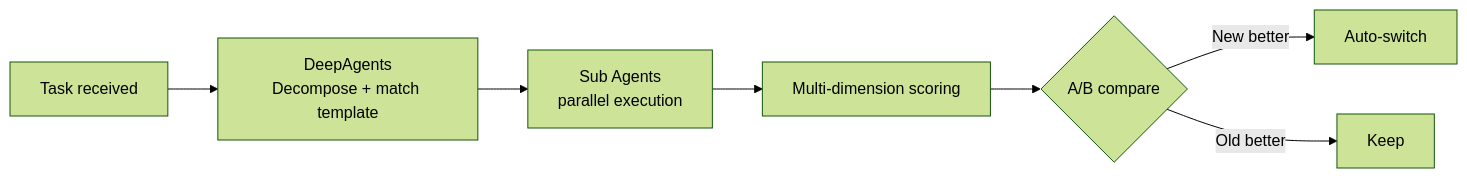
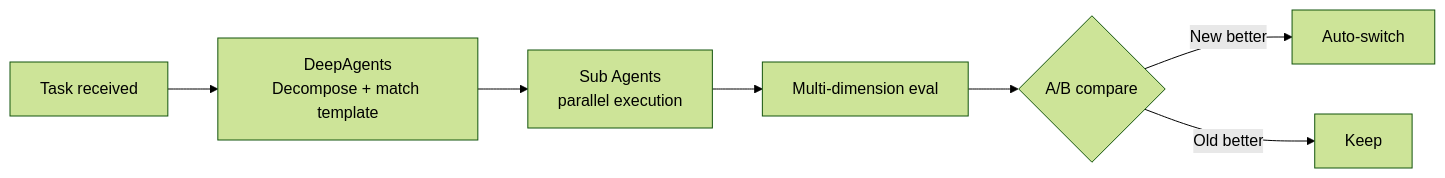
Before and after one commit to KongFangXun/sofagent: the third of 5 diagrams in README.en.md, drawn with Mermaid (forest theme). The commit also changed other lines of this file and 175 other files, not shown here.

````diff
--- a/README.en.md
+++ b/README.en.md
@@ -121,9 +121,9 @@
 ```mermaid
 graph LR
     A[Task received] --> B[DeepAgents<br/>Decompose + match template]
     B --> C[Sub Agents<br/>parallel execution]
-    C --> D[Multi-dimension scoring]
+    C --> D[Multi-dimension eval]
     D --> E{A/B compare}
     E -->|New better| F[Auto-switch]
     E -->|Old better| G[Keep]
 ```
````
